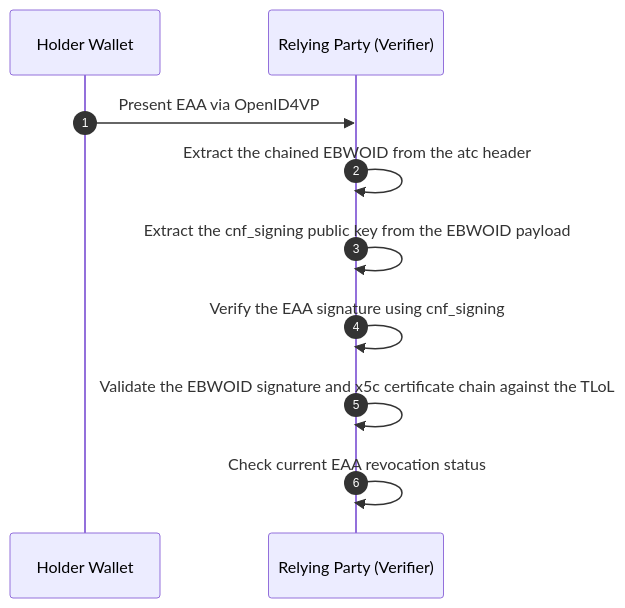
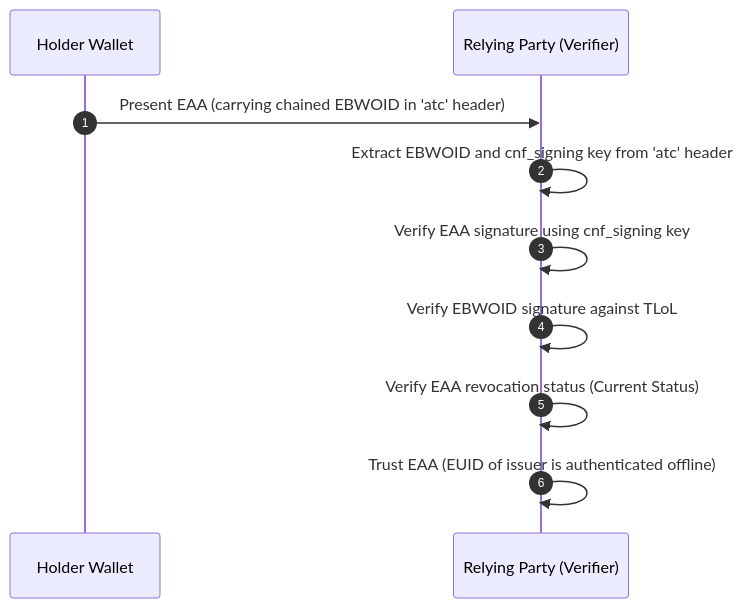
One commit to webuild-consortium/wp4-architecture changed the third of 3 diagrams in conformance-specs/cs-21-attestation-chaining.md. Above: the diagram before and after it, drawn with Mermaid. The commit also changed other lines of this file, not shown here.

````diff
--- a/conformance-specs/cs-21-attestation-chaining.md
+++ b/conformance-specs/cs-21-attestation-chaining.md
@@ -168,12 +139,12 @@
 ```mermaid
 sequenceDiagram
+    autonumber
     participant HW as Holder Wallet
     participant RP as Relying Party (Verifier)
-    autonumber
-    HW->>RP: Present EAA via OpenID4VP
-    RP->>RP: Extract the chained EBWOID from the atc header
-    RP->>RP: Extract the cnf_signing public key from the EBWOID payload
-    RP->>RP: Verify the EAA signature using cnf_signing
-    RP->>RP: Validate the EBWOID signature and x5c certificate chain against the TLoL
-    RP->>RP: Check current EAA revocation status
+    HW->>RP: Present EAA (carrying chained EBWOID in 'atc' header)
+    RP->>RP: Extract EBWOID and cnf_signing key from 'atc' header
+    RP->>RP: Verify EAA signature using cnf_signing key
+    RP->>RP: Verify EBWOID signature against TLoL
+    RP->>RP: Verify EAA revocation status (Current Status)
+    RP->>RP: Trust EAA (EUID of issuer is authenticated offline)
 ```
````
